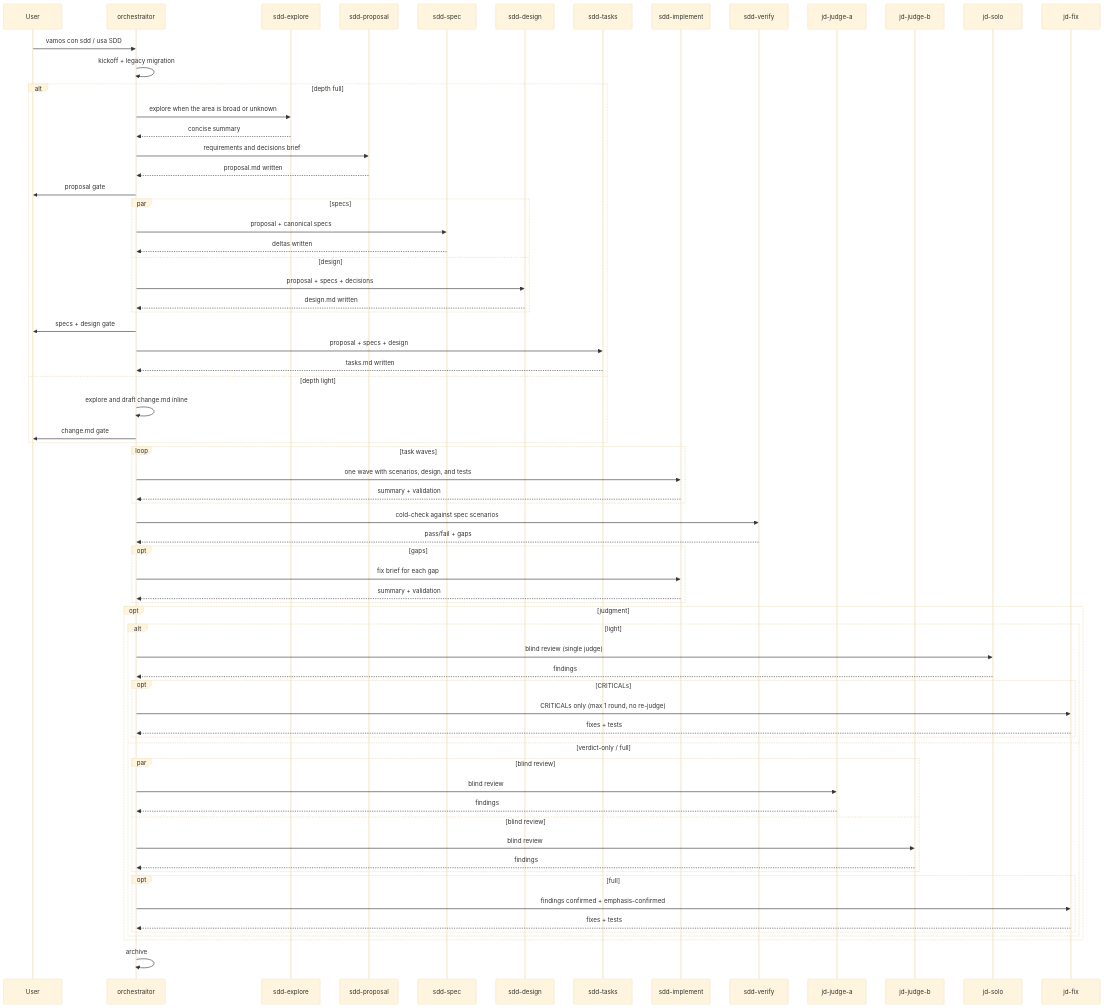
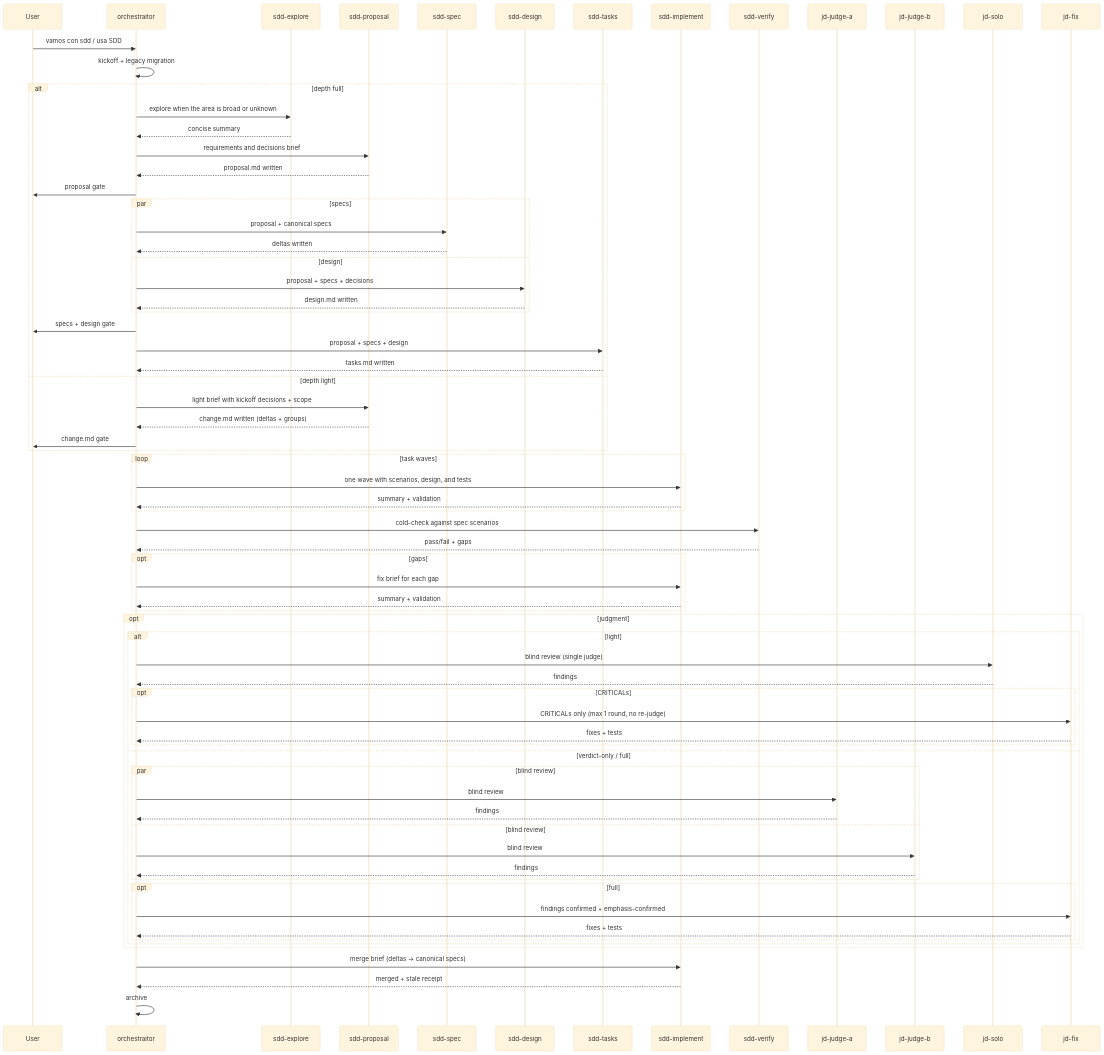
Before and after one commit to andresnator/agents-orchestrator: the second of 2 diagrams in domains/sdd/README.md, drawn with Mermaid (base theme). The commit also changed other lines of this file and 49 other files, not shown here.

````diff
--- a/domains/sdd/README.md
+++ b/domains/sdd/README.md
@@ -68,72 +70,75 @@
 ```mermaid
 sequenceDiagram
   participant U as User
   participant O as orchestraitor
   participant E as sdd-explore
   participant P as sdd-proposal
   participant S as sdd-spec
   participant D as sdd-design
   participant T as sdd-tasks
   participant I as sdd-implement
   participant V as sdd-verify
   participant JA as jd-judge-a
   participant JB as jd-judge-b
   participant JS as jd-solo
   participant JF as jd-fix
 
   U->>O: vamos con sdd / usa SDD
   O->>O: kickoff + legacy migration
   alt depth full
     O->>E: explore when the area is broad or unknown
     E-->>O: concise summary
     O->>P: requirements and decisions brief
     P-->>O: proposal.md written
     O->>U: proposal gate
     par specs
       O->>S: proposal + canonical specs
       S-->>O: deltas written
     and design
       O->>D: proposal + specs + decisions
       D-->>O: design.md written
     end
     O->>U: specs + design gate
     O->>T: proposal + specs + design
     T-->>O: tasks.md written
   else depth light
-    O->>O: explore and draft change.md inline
+    O->>P: light brief with kickoff decisions + scope
+    P-->>O: change.md written (deltas + groups)
     O->>U: change.md gate
   end
   loop task waves
     O->>I: one wave with scenarios, design, and tests
     I-->>O: summary + validation
   end
   O->>V: cold-check against spec scenarios
   V-->>O: pass/fail + gaps
   opt gaps
     O->>I: fix brief for each gap
     I-->>O: summary + validation
   end
   opt judgment
     alt light
       O->>JS: blind review (single judge)
       JS-->>O: findings
       opt CRITICALs
         O->>JF: CRITICALs only (max 1 round, no re-judge)
         JF-->>O: fixes + tests
       end
     else verdict-only / full
       par blind review
         O->>JA: blind review
         JA-->>O: findings
       and blind review
         O->>JB: blind review
         JB-->>O: findings
       end
       opt full
         O->>JF: findings confirmed + emphasis-confirmed
         JF-->>O: fixes + tests
       end
     end
   end
+  O->>I: merge brief (deltas -> canonical specs)
+  I-->>O: merged + stale receipt
   O->>O: archive
 ```
````
